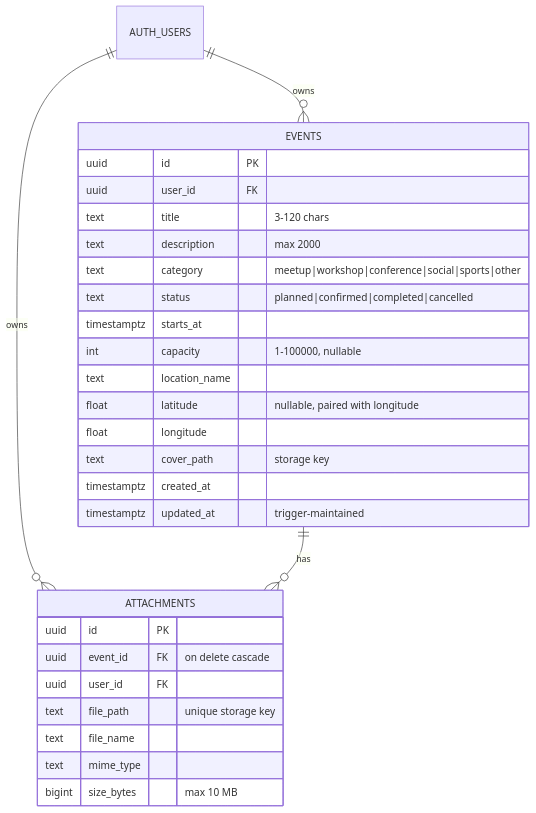
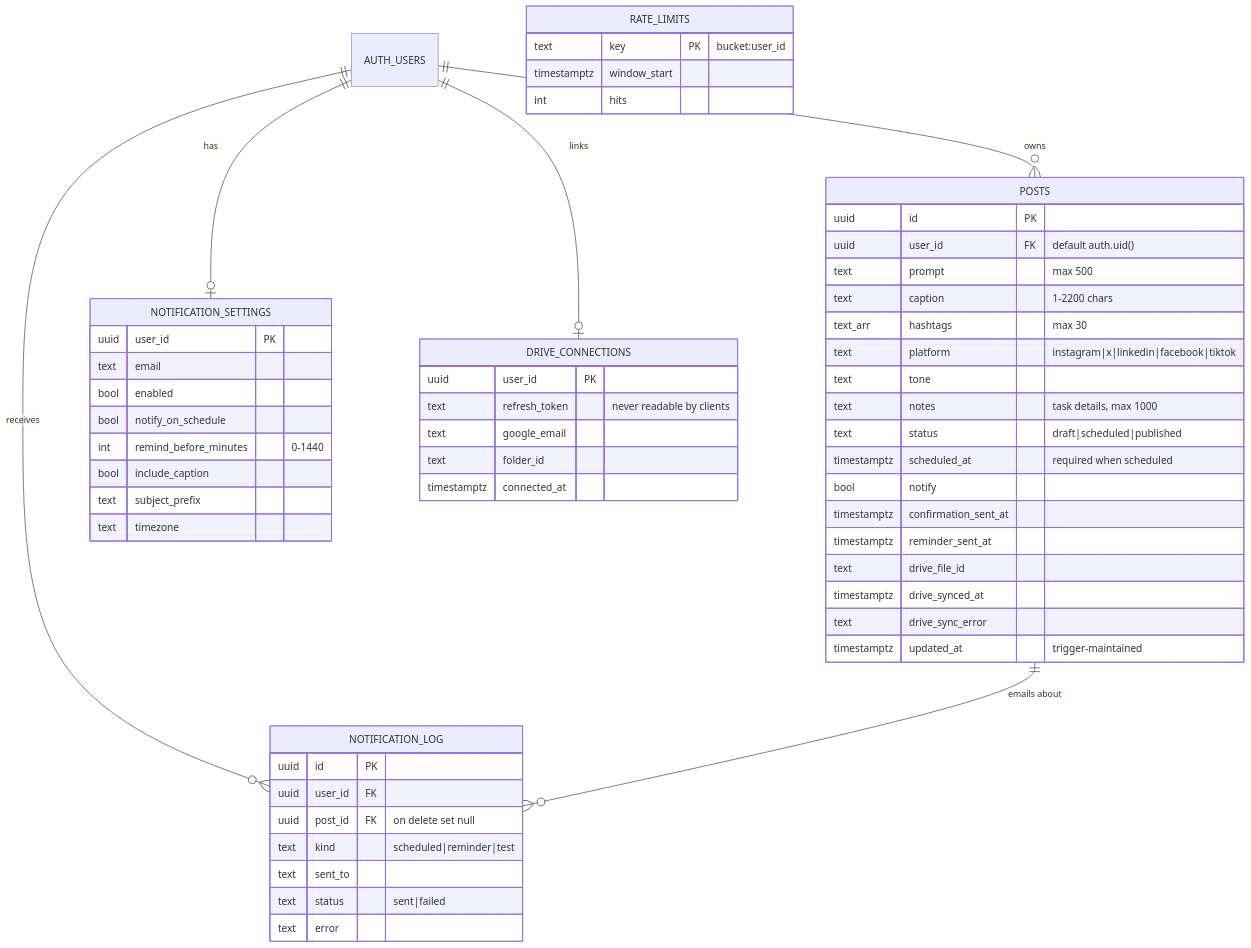
Before and after one commit to zainashrafofficial/eventdesk: the second of 2 diagrams in README.md, drawn with Mermaid. The commit also changed other lines of this file and 84 other files, not shown here.

````diff
--- a/README.md
+++ b/README.md
@@ -74,31 +91,58 @@
 ```mermaid
 erDiagram
-  AUTH_USERS ||--o{ EVENTS : owns
-  AUTH_USERS ||--o{ ATTACHMENTS : owns
-  EVENTS ||--o{ ATTACHMENTS : has
-  EVENTS {
+  AUTH_USERS ||--o{ POSTS : owns
+  AUTH_USERS ||--o| NOTIFICATION_SETTINGS : has
+  AUTH_USERS ||--o{ NOTIFICATION_LOG : receives
+  AUTH_USERS ||--o| DRIVE_CONNECTIONS : links
+  POSTS ||--o{ NOTIFICATION_LOG : "emails about"
+  POSTS {
+    uuid id PK
+    uuid user_id FK "default auth.uid()"
+    text prompt "max 500"
+    text caption "1-2200 chars"
+    text_arr hashtags "max 30"
+    text platform "instagram|x|linkedin|facebook|tiktok"
+    text tone
+    text notes "task details, max 1000"
+    text status "draft|scheduled|published"
+    timestamptz scheduled_at "required when scheduled"
+    bool notify
+    timestamptz confirmation_sent_at
+    timestamptz reminder_sent_at
+    text drive_file_id
+    timestamptz drive_synced_at
+    text drive_sync_error
+    timestamptz updated_at "trigger-maintained"
+  }
+  NOTIFICATION_SETTINGS {
+    uuid user_id PK
+    text email
+    bool enabled
+    bool notify_on_schedule
+    int remind_before_minutes "0-1440"
+    bool include_caption
+    text subject_prefix
+    text timezone
+  }
+  NOTIFICATION_LOG {
     uuid id PK
     uuid user_id FK
-    text title "3-120 chars"
-    text description "max 2000"
-    text category "meetup|workshop|conference|social|sports|other"
-    text status "planned|confirmed|completed|cancelled"
-    timestamptz starts_at
-    int capacity "1-100000, nullable"
-    text location_name
-    float latitude "nullable, paired with longitude"
-    float longitude
-    text cover_path "storage key"
-    timestamptz created_at
-    timestamptz updated_at "trigger-maintained"
+    uuid post_id FK "on delete set null"
+    text kind "scheduled|reminder|test"
+    text sent_to
+    text status "sent|failed"
+    text error
   }
-  ATTACHMENTS {
-    uuid id PK
-    uuid event_id FK "on delete cascade"
-    uuid user_id FK
-    text file_path "unique storage key"
-    text file_name
-    text mime_type
-    bigint size_bytes "max 10 MB"
+  DRIVE_CONNECTIONS {
+    uuid user_id PK
+    text refresh_token "never readable by clients"
+    text google_email
+    text folder_id
+    timestamptz connected_at
+  }
+  RATE_LIMITS {
+    text key PK "bucket:user_id"
+    timestamptz window_start
+    int hits
   }
 ```
````
